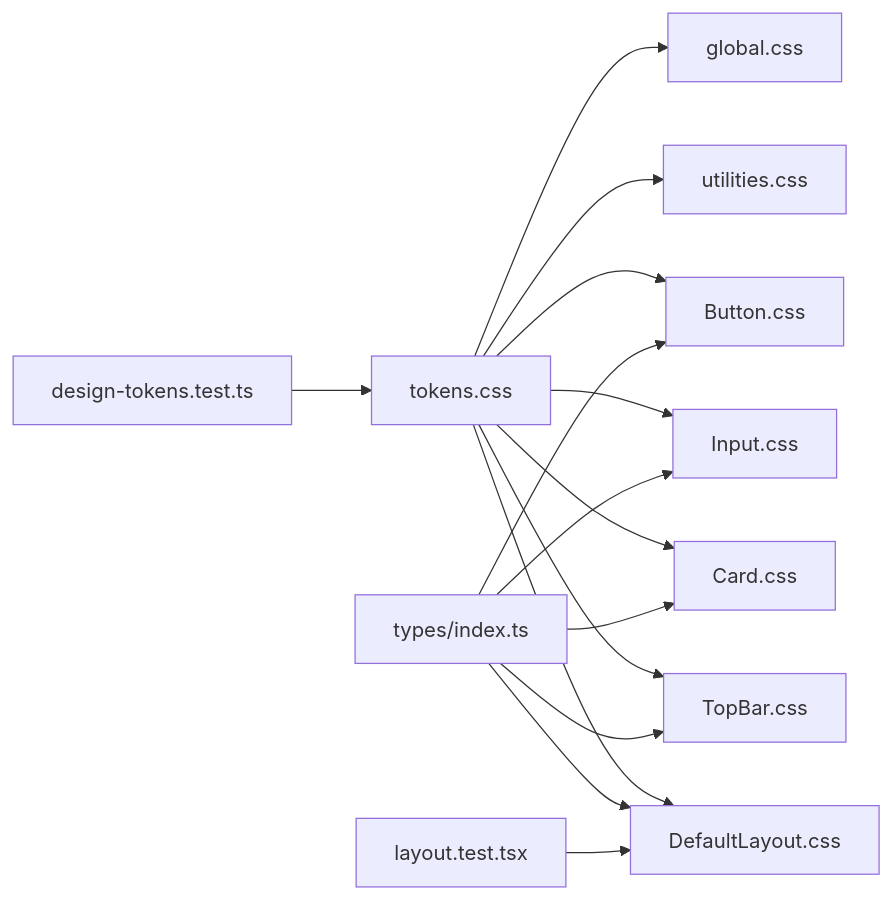
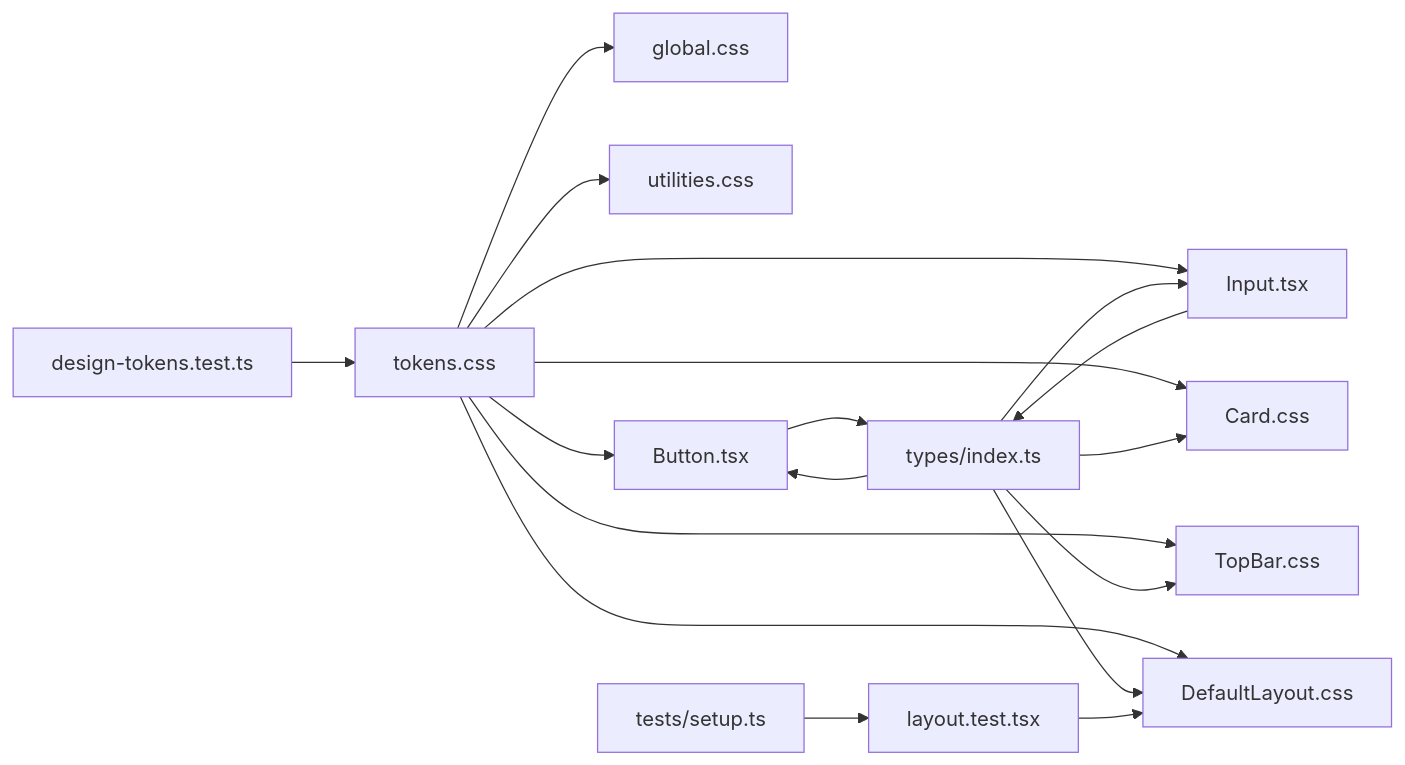
Before and after one commit to srustivd940-star/design-system: the eighth of 9 diagrams in .qoder/repowiki/en/content/Design System Foundation.md, drawn with Mermaid. The commit also changed other lines of this file and 22 other files, not shown here.

````diff
--- a/.qoder/repowiki/en/content/Design System Foundation.md
+++ b/.qoder/repowiki/en/content/Design System Foundation.md
@@ -344,17 +436,20 @@
 ```mermaid
 graph LR
 TOK["tokens.css"] --> GLB["global.css"]
 TOK --> UT["utilities.css"]
-TOK --> BTN["Button.css"]
-TOK --> INP["Input.css"]
+TOK --> BTN["Button.tsx"]
+TOK --> INP["Input.tsx"]
 TOK --> CAR["Card.css"]
 TOK --> TOP["TopBar.css"]
 TOK --> DL["DefaultLayout.css"]
 TYPES["types/index.ts"] --> BTN
 TYPES --> INP
 TYPES --> CAR
 TYPES --> TOP
 TYPES --> DL
+BTN --> TYPES
+INP --> TYPES
 TT["design-tokens.test.ts"] --> TOK
 LT["layout.test.tsx"] --> DL
+SETUP["tests/setup.ts"] --> LT
 ```
````
